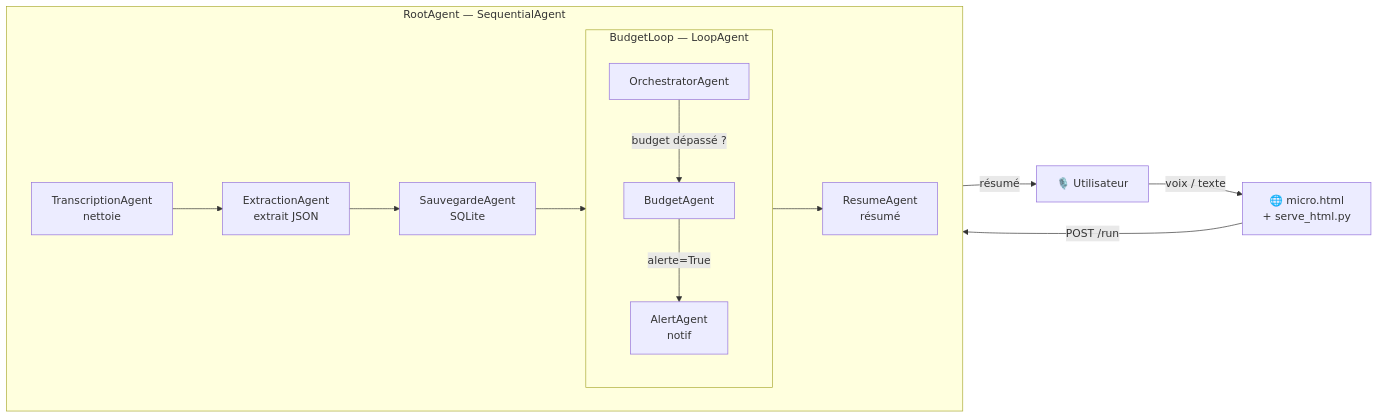
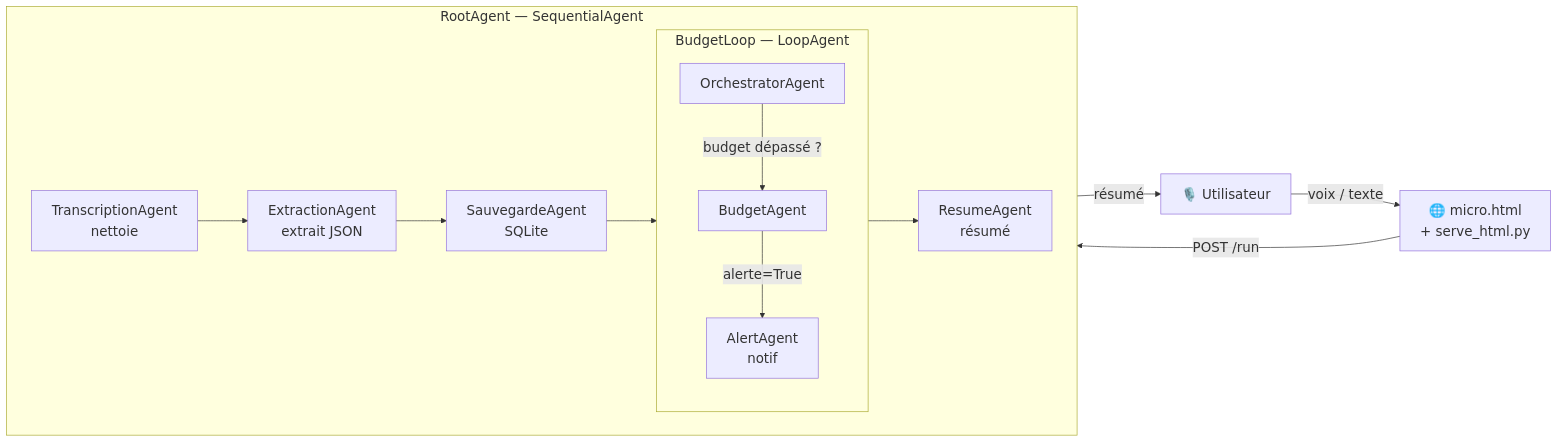
One commit to yisola2/trackomar_adk changed the first of 2 diagrams in README.md. Above: the diagram before and after it, drawn with Mermaid. The commit also changed other lines of this file, not shown here.

Commit message:
update font

````diff
--- a/README.md
+++ b/README.md
@@ -30,22 +30,23 @@
 ```mermaid
+%%{init: {'themeVariables': {'fontSize': '20px'}}}%%
 flowchart LR
     U["🎙️ Utilisateur"] -->|voix / texte| F["🌐 micro.html\n+ serve_html.py"]
     F -->|POST /run| ROOT
 
     subgraph ROOT["RootAgent — SequentialAgent"]
         direction LR
         T["TranscriptionAgent\nnettoie"] --> E["ExtractionAgent\nextrait JSON"]
         E --> S["SauvegardeAgent\nSQLite"]
         S --> BL
 
         subgraph BL["BudgetLoop — LoopAgent"]
             direction TB
             O["OrchestratorAgent"] -->|budget dépassé ?| BA["BudgetAgent"]
             BA -->|alerte=True| AL["AlertAgent\nnotif"]
         end
 
         BL --> R["ResumeAgent\nrésumé"]
     end
 
     ROOT -->|résumé| U
 ```
````
